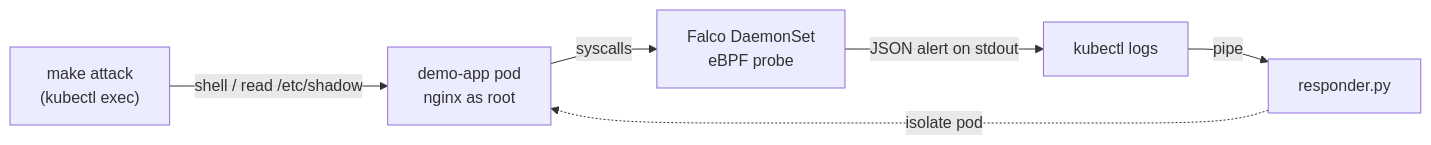
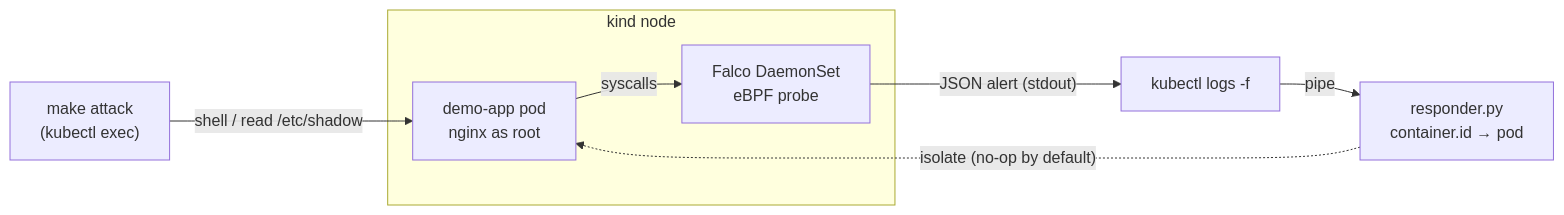
One commit to wnsor/k8s-runtime-security-lab-public changed the diagram in README.md. Above: the diagram before and after it, drawn with Mermaid. The commit also changed other lines of this file, not shown here.

Commit message:
docs: professional README — overview/architecture/quickstart restructure, make-target + rule tables, design note, DEBUGGING.md in tree

````diff
--- a/README.md
+++ b/README.md
@@ -17,8 +15,10 @@
 ```mermaid
 flowchart LR
-    A["make attack<br/>(kubectl exec)"] -->|"shell / read /etc/shadow"| B["demo-app pod<br/>nginx as root"]
-    B -->|syscalls| C["Falco DaemonSet<br/>eBPF probe"]
-    C -->|JSON alert on stdout| D["kubectl logs"]
-    D -->|pipe| E["responder.py"]
-    E -.->|isolate pod| B
+    A["make attack<br/>(kubectl exec)"] -->|"shell / read /etc/shadow"| B
+    subgraph knode ["kind node"]
+        B["demo-app pod<br/>nginx as root"] -->|syscalls| C["Falco DaemonSet<br/>eBPF probe"]
+    end
+    C -->|"JSON alert (stdout)"| D["kubectl logs -f"]
+    D -->|pipe| E["responder.py<br/>container.id → pod"]
+    E -.->|"isolate (no-op by default)"| B
 ```
````
